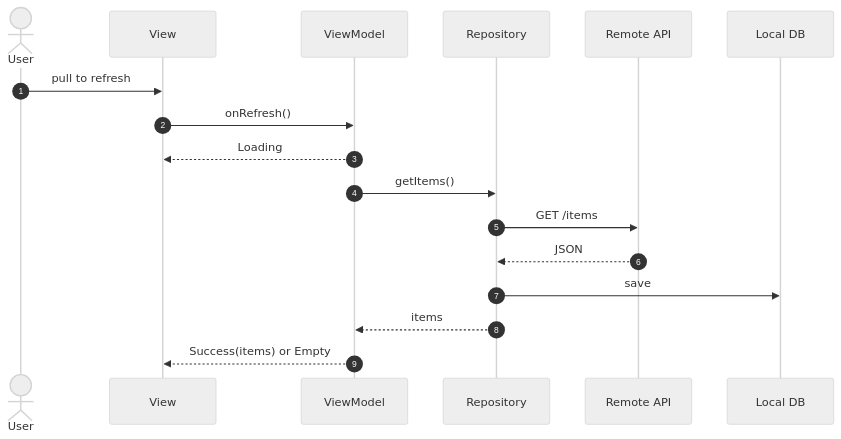
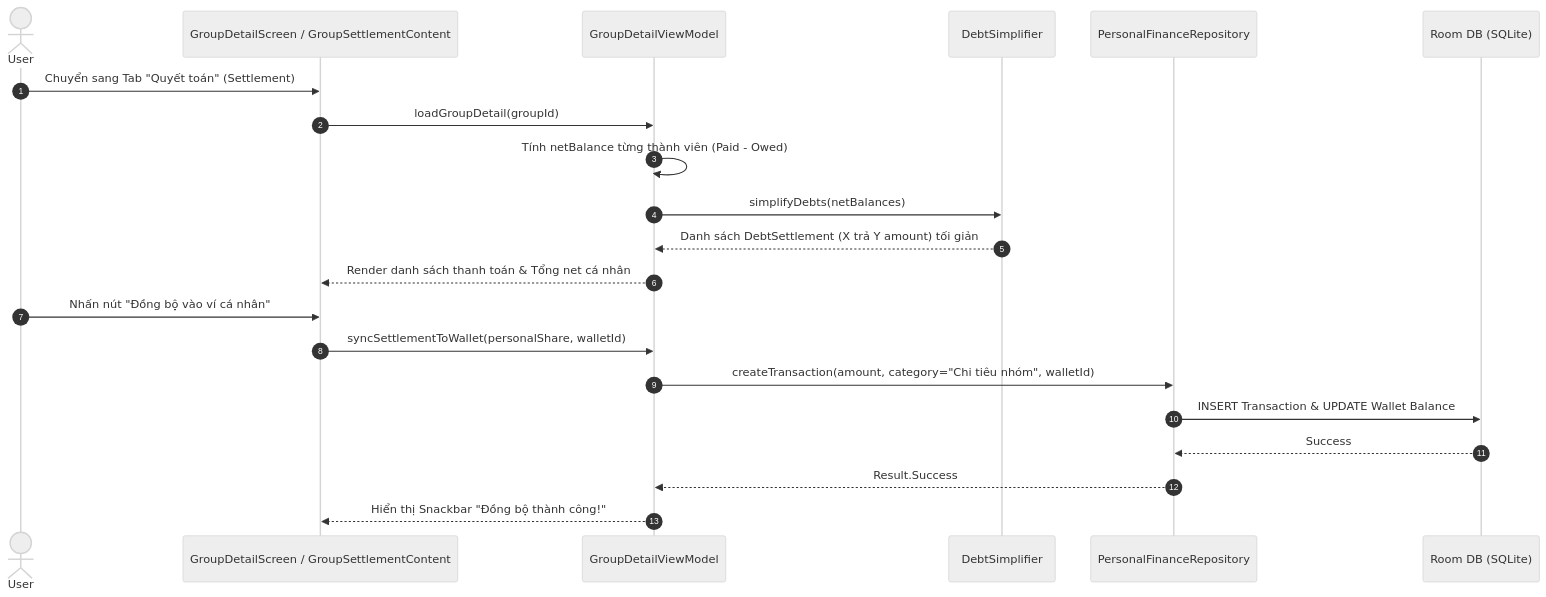
The second of 2 diagrams in docs/architecture.md (Xuananhdeptrai2109/Mobile-app), drawn with Mermaid (neutral theme) before and after one commit. The commit also changed other lines of this file and 23 other files, not shown here.

````diff
--- a/docs/architecture.md
+++ b/docs/architecture.md
@@ -60,19 +84,25 @@
 ```mermaid
 sequenceDiagram
     autonumber
     actor User
-    participant View
-    participant VM as ViewModel
-    participant Repo as Repository
-    participant API as Remote API
-    participant DB as Local DB
-    User->>View: pull to refresh
-    View->>VM: onRefresh()
-    VM-->>View: Loading
-    VM->>Repo: getItems()
-    Repo->>API: GET /items
-    API-->>Repo: JSON
-    Repo->>DB: save
-    Repo-->>VM: items
-    VM-->>View: Success(items) or Empty
+    participant View as GroupDetailScreen / GroupSettlementContent
+    participant VM as GroupDetailViewModel
+    participant Algo as DebtSimplifier
+    participant PRepo as PersonalFinanceRepository
+    participant DB as Room DB (SQLite)
+
+    User->>View: Chuyển sang Tab "Quyết toán" (Settlement)
+    View->>VM: loadGroupDetail(groupId)
+    VM->>VM: Tính netBalance từng thành viên (Paid - Owed)
+    VM->>Algo: simplifyDebts(netBalances)
+    Algo-->>VM: Danh sách DebtSettlement (X trả Y amount) tối giản
+    VM-->>View: Render danh sách thanh toán & Tổng net cá nhân
+    
+    User->>View: Nhấn nút "Đồng bộ vào ví cá nhân"
+    View->>VM: syncSettlementToWallet(personalShare, walletId)
+    VM->>PRepo: createTransaction(amount, category="Chi tiêu nhóm", walletId)
+    PRepo->>DB: INSERT Transaction & UPDATE Wallet Balance
+    DB-->>PRepo: Success
+    PRepo-->>VM: Result.Success
+    VM-->>View: Hiển thị Snackbar "Đồng bộ thành công!"
 ```
````
